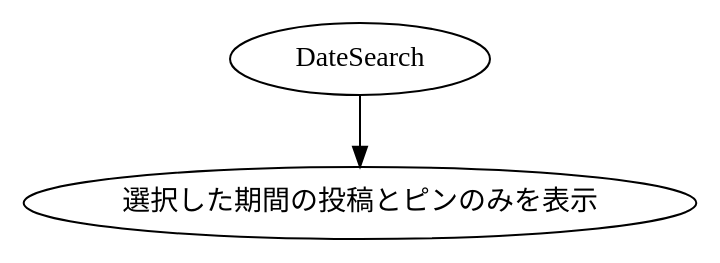
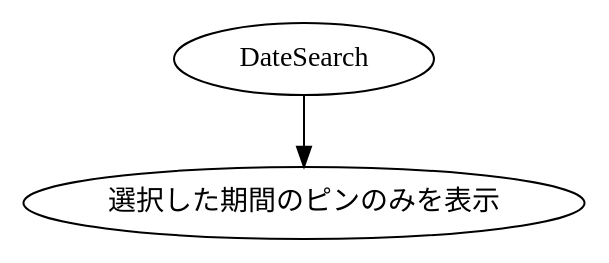
Before and after one commit to KUT-Group12/internal_design: the diagram in dot/marudemaru/UserDisplayPeriodSearchResults.dot, drawn with Graphviz. The commit also changed 15 other files, not shown here.

```diff
--- a/dot/marudemaru/UserDisplayPeriodSearchResults.dot
+++ b/dot/marudemaru/UserDisplayPeriodSearchResults.dot
@@ -1,8 +1,8 @@
 digraph G {
     #include "style.doth"
 
     move[label = "DateSearch"]
-    view[label = "選択した期間の投稿とピンのみを表示"]
+    view[label = "選択した期間のピンのみを表示"]
 
     move -> view
 }
```
